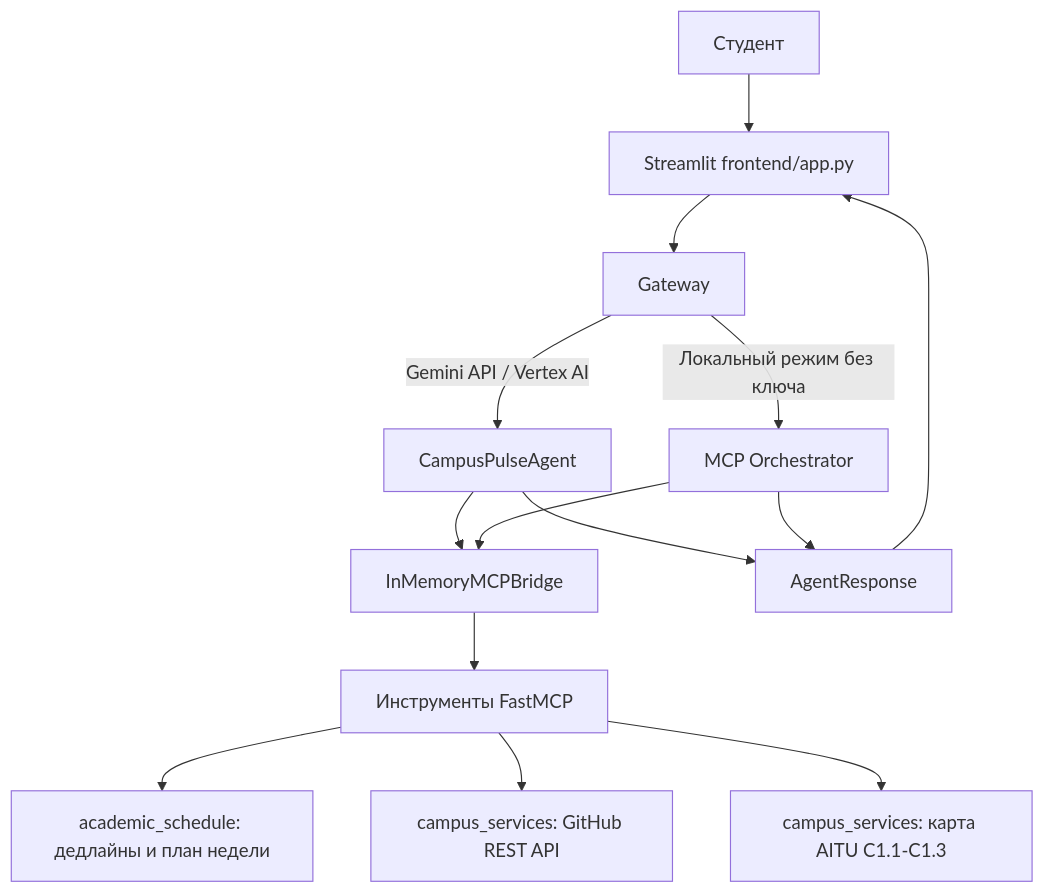
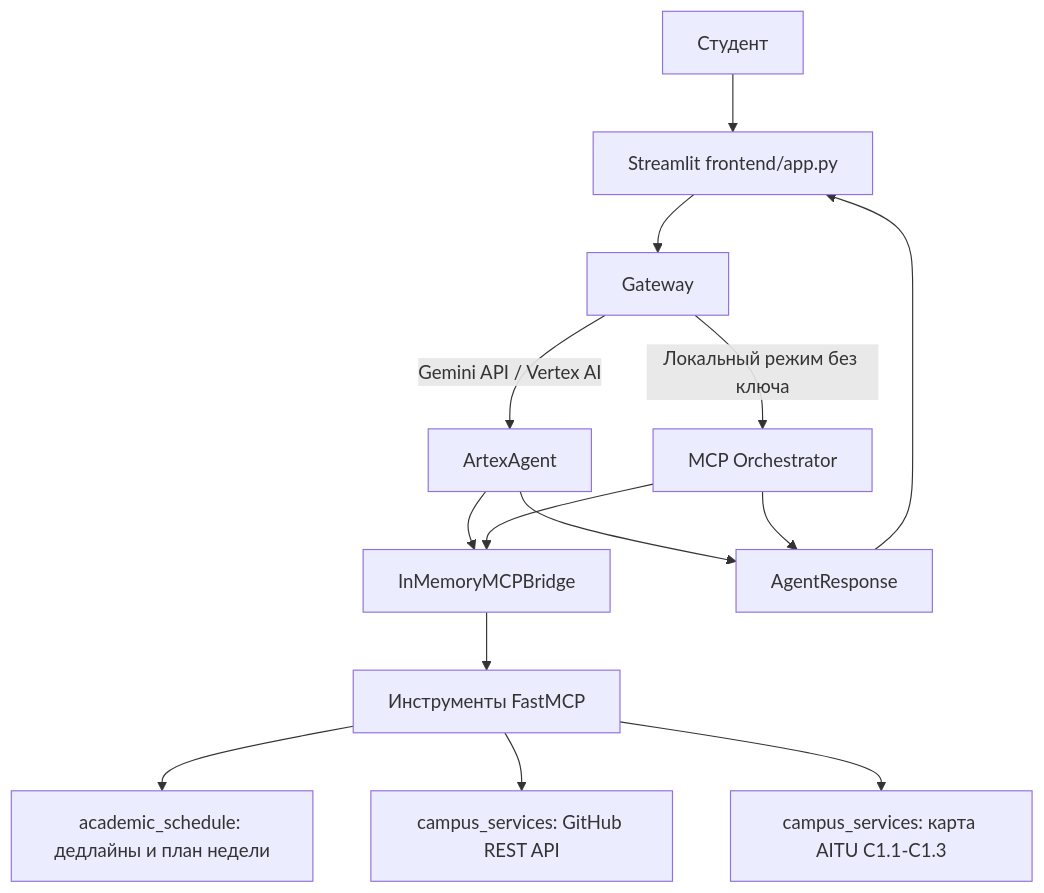
The diagram in docs/architecture.md (znaukitai/ArtexAI_BadPiggies), drawn with Mermaid before and after one commit. The commit also changed other lines of this file and 30 other files, not shown here.

````diff
--- a/docs/architecture.md
+++ b/docs/architecture.md
@@ -5,16 +5,16 @@
 ```mermaid
 flowchart TD
     S[Студент] --> UI[Streamlit frontend/app.py]
     UI --> G[Gateway]
-    G -->|Gemini API / Vertex AI| A[CampusPulseAgent]
+    G -->|Gemini API / Vertex AI| A[ArtexAgent]
     G -->|Локальный режим без ключа| M[MCP Orchestrator]
     A --> B[InMemoryMCPBridge]
     M --> B
     B --> T[Инструменты FastMCP]
     T --> SCH[academic_schedule: дедлайны и план недели]
     T --> GH[campus_services: GitHub REST API]
     T --> MAP[campus_services: карта AITU C1.1-C1.3]
     A --> R[AgentResponse]
     M --> R
     R --> UI
 ```
````
